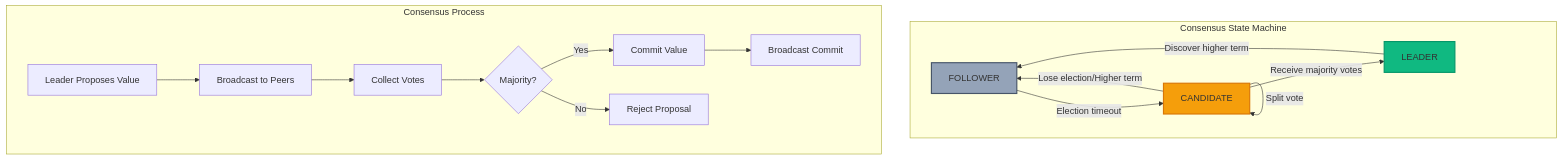
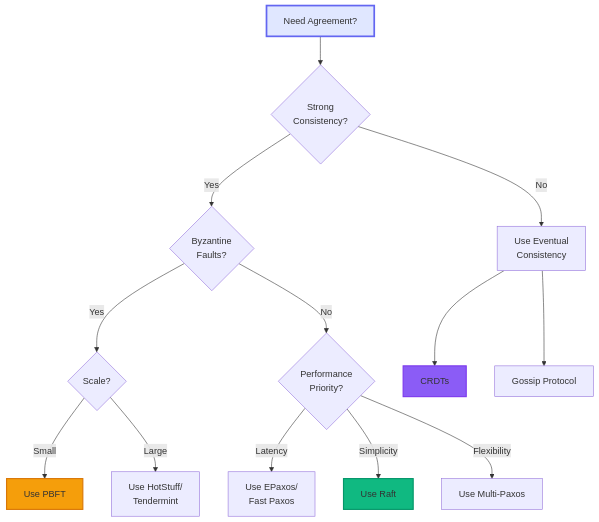
Before and after one commit to deepaucksharma/DStudio: the first of 35 diagrams in docs/pattern-library/coordination/consensus.md, drawn with Mermaid. The commit also changed other lines of this file and 12 other files, not shown here.

````diff
--- a/docs/pattern-library/coordination/consensus.md
+++ b/docs/pattern-library/coordination/consensus.md
@@ -88,35 +92,24 @@
 ```mermaid
-flowchart TB
-    subgraph "Consensus State Machine"
-        F[FOLLOWER]
-        C[CANDIDATE]
-        L[LEADER]
-        
-        F -->|"Election timeout"| C
-        C -->|"Receive majority votes"| L
-        C -->|"Lose election/Higher term"| F
-        L -->|"Discover higher term"| F
-        C -->|"Split vote"| C
-    end
+flowchart TD
+    Start[Need Agreement?] --> Q1{Strong<br/>Consistency?}
+    Q1 -->|Yes| Q2{Byzantine<br/>Faults?}
+    Q1 -->|No| EC[Use Eventual<br/>Consistency]
     
-    subgraph "Consensus Process"
-        P1[Leader Proposes Value]
-        P2[Broadcast to Peers]
-        P3[Collect Votes]
-        P4{Majority?}
-        P5[Commit Value]
-        P6[Broadcast Commit]
-        P7[Reject Proposal]
-        
-        P1 --> P2
-        P2 --> P3
-        P3 --> P4
-        P4 -->|Yes| P5
-        P5 --> P6
-        P4 -->|No| P7
-    end
+    Q2 -->|Yes| BFT{Scale?}
+    Q2 -->|No| CFT{Performance<br/>Priority?}
     
-    style F fill:#94a3b8,stroke:#475569,stroke-width:2px
-    style C fill:#f59e0b,stroke:#d97706,stroke-width:2px
-    style L fill:#10b981,stroke:#059669,stroke-width:2px
+    BFT -->|Small| PBFT[Use PBFT]
+    BFT -->|Large| HS[Use HotStuff/<br/>Tendermint]
+    
+    CFT -->|Latency| FP[Use EPaxos/<br/>Fast Paxos]
+    CFT -->|Simplicity| Raft[Use Raft]
+    CFT -->|Flexibility| MP[Use Multi-Paxos]
+    
+    EC --> CRDT[CRDTs]
+    EC --> Gossip[Gossip Protocol]
+    
+    style Start fill:#e0e7ff,stroke:#6366f1,stroke-width:3px
+    style Raft fill:#10b981,stroke:#059669,stroke-width:2px
+    style PBFT fill:#f59e0b,stroke:#d97706,stroke-width:2px
+    style CRDT fill:#8b5cf6,stroke:#7c3aed,stroke-width:2px
 ```
````
